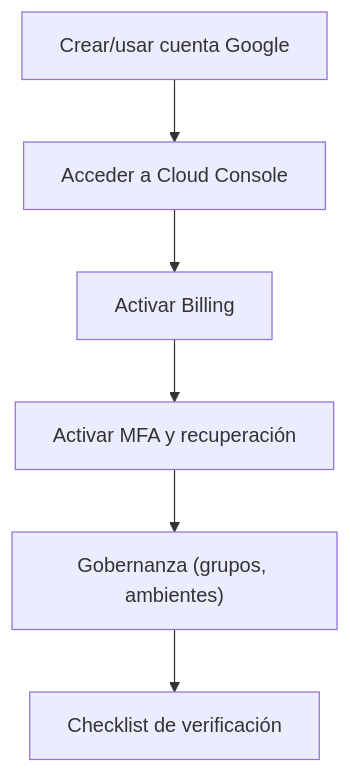
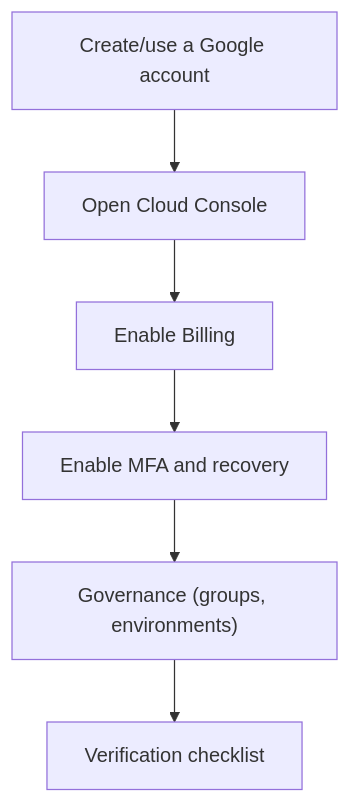
The diagram in GKE_GCP_DEPLOYMENT/01_gcp_account_setup.md (aabse/hogwarts-backend), drawn with Mermaid before and after one commit. The commit also changed other lines of this file and 14 other files, not shown here.

````diff
--- a/GKE_GCP_DEPLOYMENT/01_gcp_account_setup.md
+++ b/GKE_GCP_DEPLOYMENT/01_gcp_account_setup.md
@@ -14,8 +14,8 @@
 ```mermaid
 flowchart TD
-    A[Crear/usar cuenta Google] --> B[Acceder a Cloud Console]
-    B --> C[Activar Billing]
-    C --> D[Activar MFA y recuperación]
-    D --> E["Gobernanza (grupos, ambientes)"]
-    E --> F[Checklist de verificación]
+    A[Create/use a Google account] --> B[Open Cloud Console]
+    B --> C[Enable Billing]
+    C --> D[Enable MFA and recovery]
+    D --> E["Governance (groups, environments)"]
+    E --> F[Verification checklist]
 ```
````
